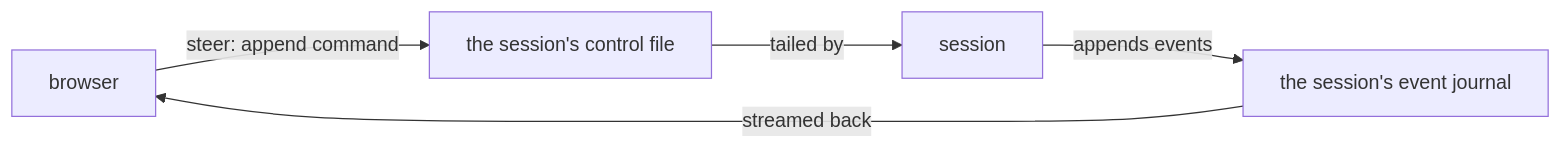
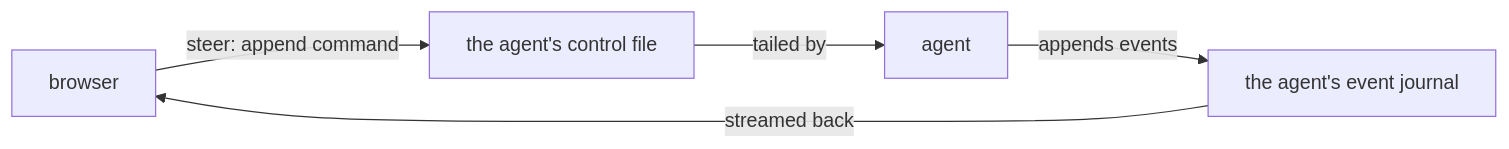
One commit to framework/the-framework changed the diagram in packages/the-framework/src/dashboard-rpc/SPEC.md. Above: the diagram before and after it, drawn with Mermaid. The commit also changed other lines of this file and 2381 other files, not shown here.

````diff
--- a/packages/the-framework/src/dashboard-rpc/SPEC.md
+++ b/packages/the-framework/src/dashboard-rpc/SPEC.md
@@ -12,7 +12,7 @@
 ```mermaid
 flowchart LR
-    B[browser] -->|steer: append command| C["the session's control file"]
-    C -->|tailed by| S[session]
-    S -->|appends events| J["the session's event journal"]
+    B[browser] -->|steer: append command| C["the agent's control file"]
+    C -->|tailed by| S[agent]
+    S -->|appends events| J["the agent's event journal"]
     J -->|streamed back| B
 ```
````
